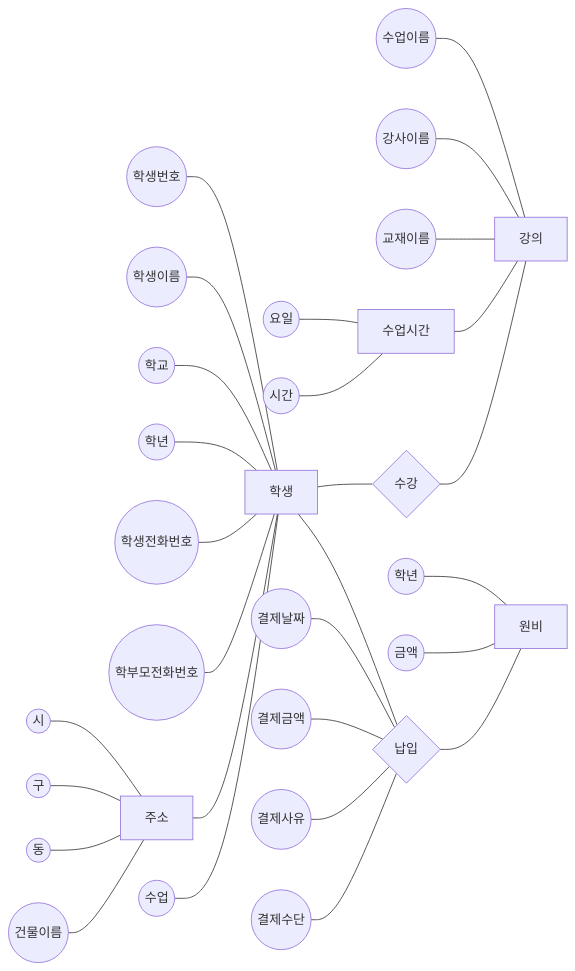
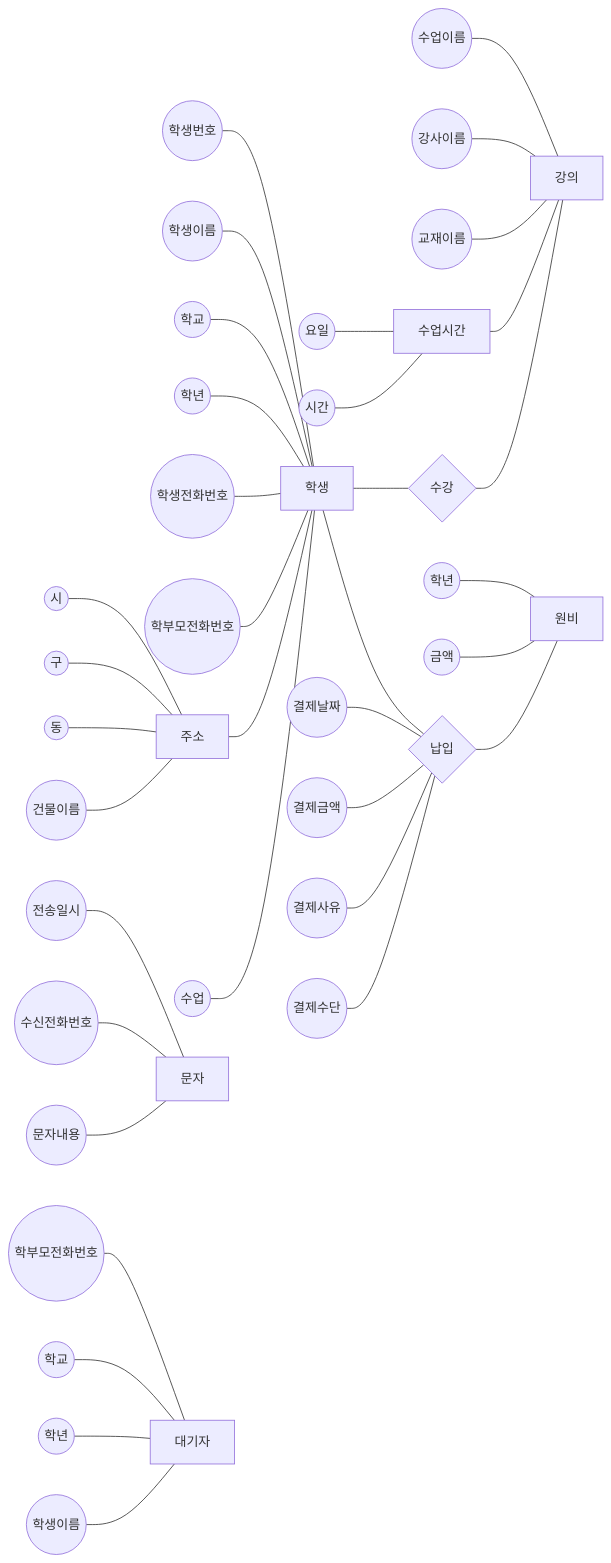
Before and after one commit to HYUUUNAKIM/DB_project: the second of 2 diagrams in README(요구사항명세서추가).md, drawn with Mermaid. The commit also changed other lines of this file, not shown here.

````diff
--- a/README(요구사항명세서추가).md
+++ b/README(요구사항명세서추가).md
@@ -182,31 +196,38 @@
 ```mermaid
 graph LR
 A((학생번호))---S[학생]
 B((학생이름))---S[학생]
 C((학교))---S[학생]
 D((학년))---S[학생]
 E((학생전화번호))---S[학생]
 F((학부모전화번호))---S[학생]
 G((주소))---S[학생]
 c((시))---G[주소]
 d((구))---G[주소]
 e((동))---G[주소]
 f((건물이름))---G[주소]
 H((수업))---S[학생]
 I((수업이름))---L[강의]
 K((강사이름))---L[강의]
 M((교재이름))---L[강의]
 N((수업시간))---L[강의]
 g((요일))---N[수업시간]
 h((시간))---N[수업시간]
 a((학년))---p[원비]
 b((금액))---p[원비]
 S---J{수강}
 J---L[강의]
 S---P{납입}
 P---p[원비]
 i((결제날짜))---P{납입}
 j((결제금액))---P{납입}
 k((결제사유))---P{납입}
 l((결제수단))---P{납입}
+m((전송일시))---O[문자]
+n((수신전화번호))---O[문자]
+o((문자내용))---O[문자]
+x((학부모전화번호))---Q[대기자]
+q((학교))---Q[대기자]
+r((학년))---Q[대기자]
+s((학생이름))---Q[대기자]
 ```
````
